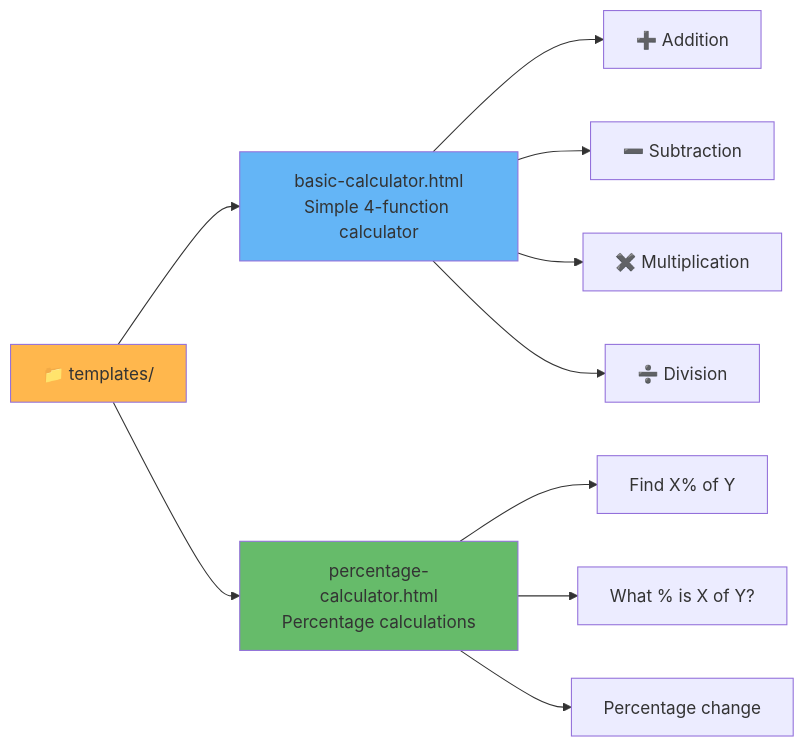
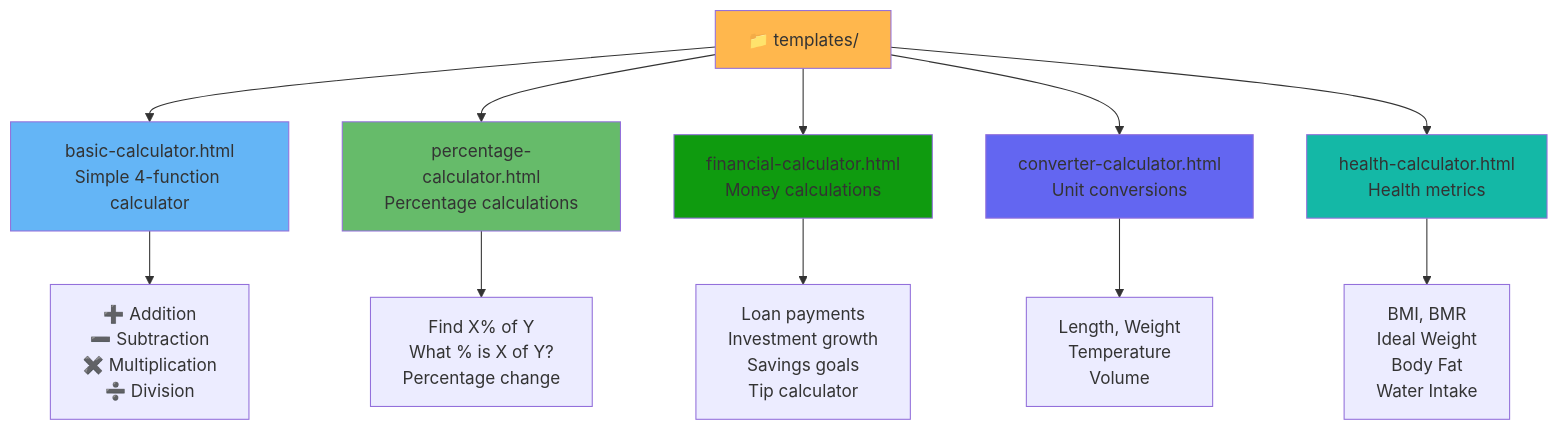
One commit to rilov/claudeskill changed the ninth of 17 diagrams in caludeskillexplained.md. Above: the diagram before and after it, drawn with Mermaid. The commit also changed other lines of this file and 3 other files, not shown here.

````diff
--- a/caludeskillexplained.md
+++ b/caludeskillexplained.md
@@ -504,18 +521,25 @@
 ```mermaid
-graph LR
+graph TB
     A[📁 templates/] --> B[basic-calculator.html<br/>Simple 4-function calculator]
     A --> C[percentage-calculator.html<br/>Percentage calculations]
+    A --> D[financial-calculator.html<br/>Money calculations]
+    A --> E[converter-calculator.html<br/>Unit conversions]
+    A --> F[health-calculator.html<br/>Health metrics]
     
-    B --> B1[➕ Addition]
-    B --> B2[➖ Subtraction]
-    B --> B3[✖️ Multiplication]
-    B --> B4[➗ Division]
+    B --> B1[➕ Addition<br/>➖ Subtraction<br/>✖️ Multiplication<br/>➗ Division]
     
-    C --> C1[Find X% of Y]
-    C --> C2[What % is X of Y?]
-    C --> C3[Percentage change]
+    C --> C1[Find X% of Y<br/>What % is X of Y?<br/>Percentage change]
+    
+    D --> D1[Loan payments<br/>Investment growth<br/>Savings goals<br/>Tip calculator]
+    
+    E --> E1[Length, Weight<br/>Temperature<br/>Volume]
+    
+    F --> F1[BMI, BMR<br/>Ideal Weight<br/>Body Fat<br/>Water Intake]
     
     style A fill:#ffb74d
     style B fill:#64b5f6
     style C fill:#66bb6a
+    style D fill:#0f9b0f
+    style E fill:#6366f1
+    style F fill:#14b8a6
 ```
````
